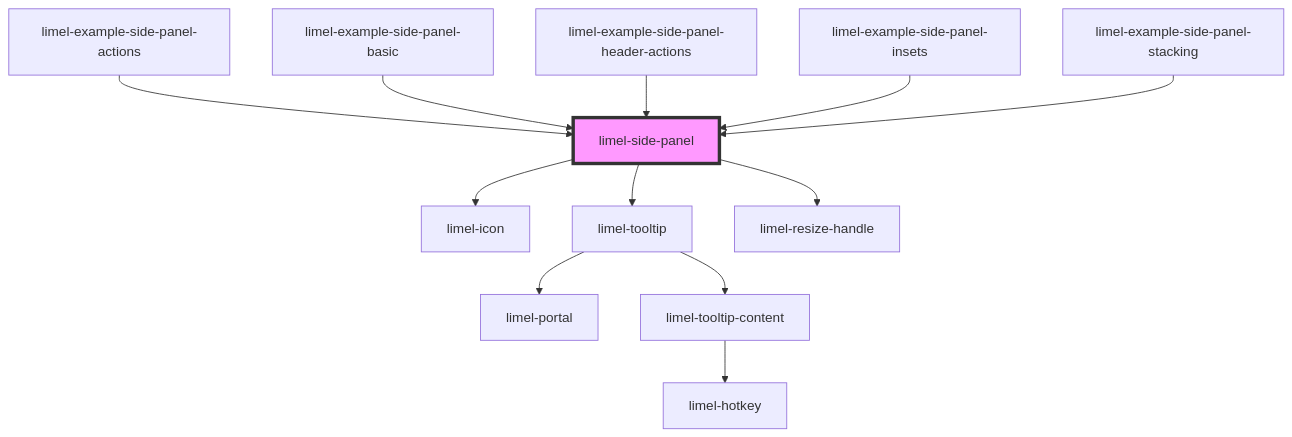
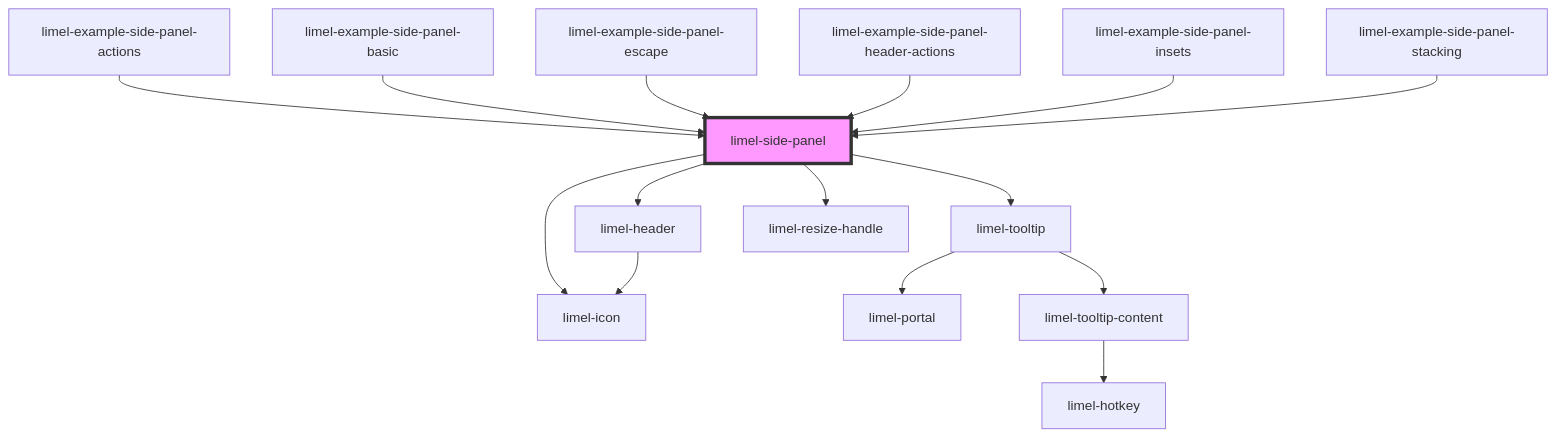
The diagram in versions/PR-4372/markdown-docs/components/side-panel/readme.md (Lundalogik/lime-elements), drawn with Mermaid before and after one commit. The commit also changed other lines of this file and 607 other files, not shown here.

````diff
--- a/versions/PR-4372/markdown-docs/components/side-panel/readme.md
+++ b/versions/PR-4372/markdown-docs/components/side-panel/readme.md
@@ -177,15 +158,18 @@
 ```mermaid
 graph TD;
   limel-side-panel --> limel-icon
   limel-side-panel --> limel-tooltip
+  limel-side-panel --> limel-header
   limel-side-panel --> limel-resize-handle
   limel-tooltip --> limel-portal
   limel-tooltip --> limel-tooltip-content
   limel-tooltip-content --> limel-hotkey
+  limel-header --> limel-icon
   limel-example-side-panel-actions --> limel-side-panel
   limel-example-side-panel-basic --> limel-side-panel
+  limel-example-side-panel-escape --> limel-side-panel
   limel-example-side-panel-header-actions --> limel-side-panel
   limel-example-side-panel-insets --> limel-side-panel
   limel-example-side-panel-stacking --> limel-side-panel
   style limel-side-panel fill:#f9f,stroke:#333,stroke-width:4px
 ```
````
